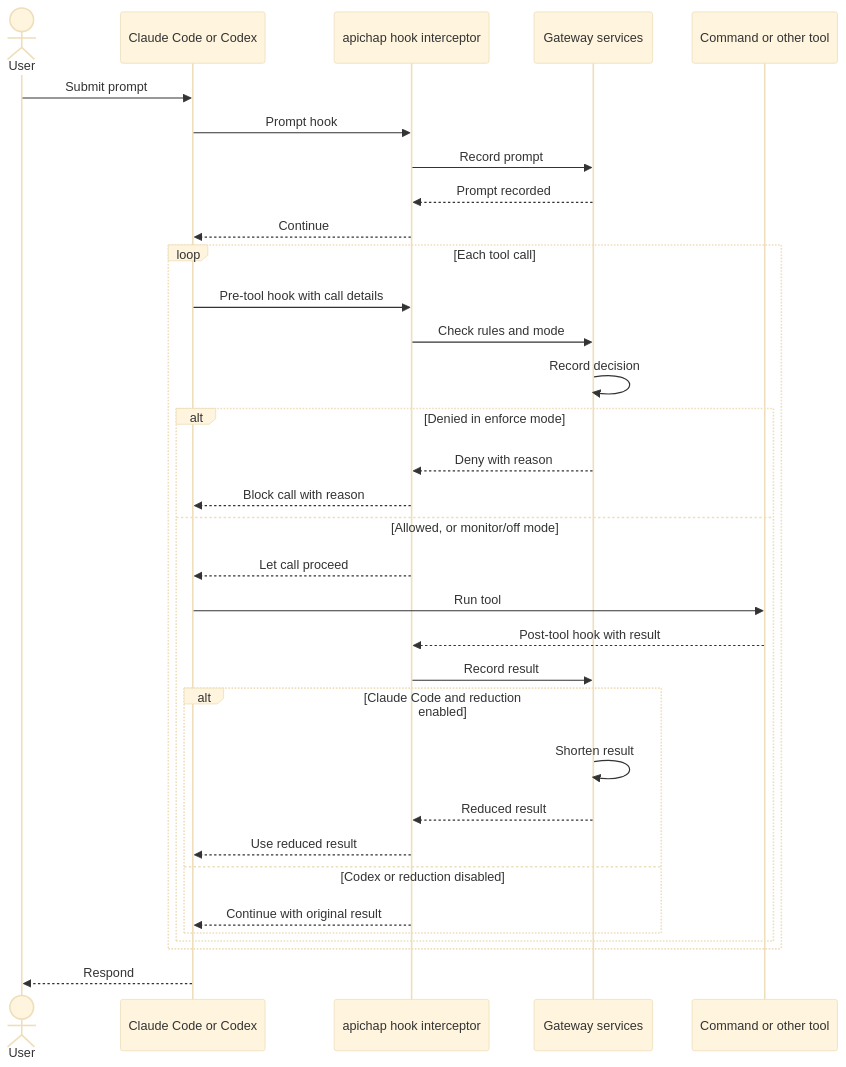
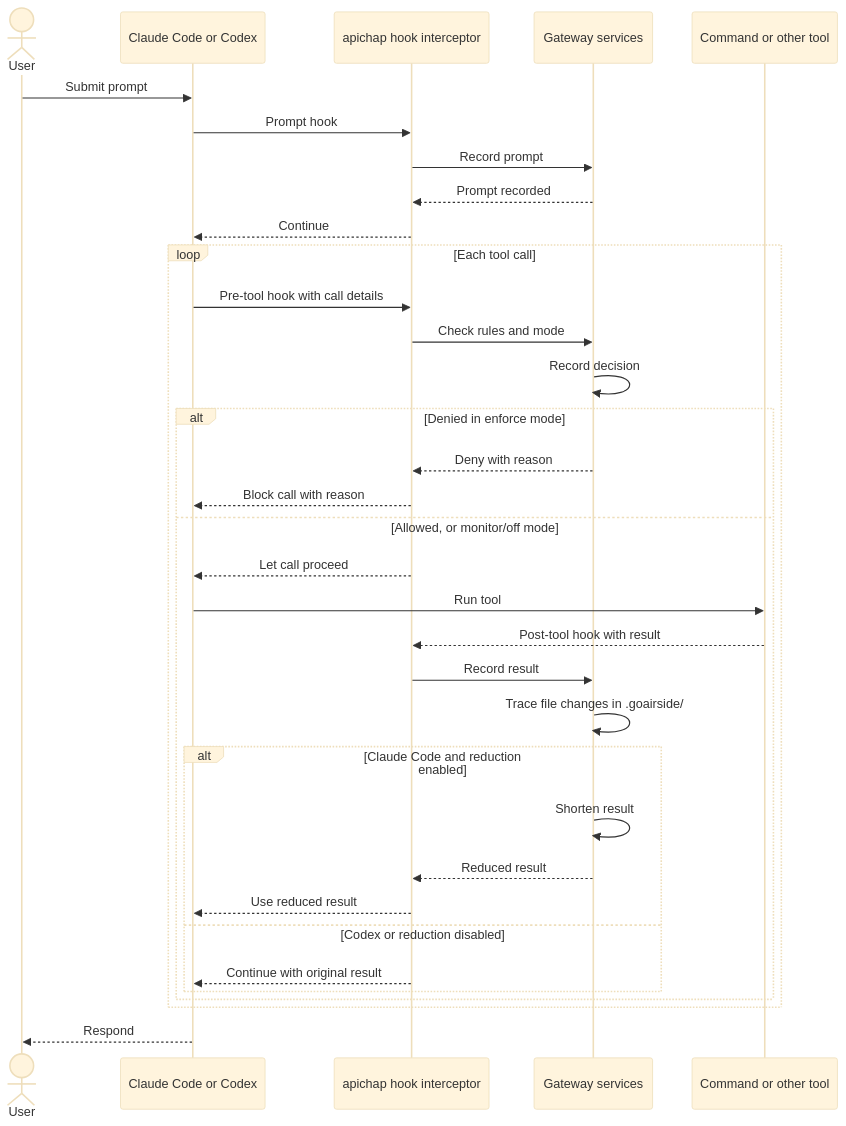
Before and after one commit to dommar04/ai-coding-gateway: the diagram in README.md, drawn with Mermaid (base theme). The commit also changed other lines of this file and 6 other files, not shown here.

````diff
--- a/README.md
+++ b/README.md
@@ -56,38 +91,39 @@
 ```mermaid
 sequenceDiagram
     actor User
     participant Agent as Claude Code or Codex
     participant Hook as apichap hook interceptor
     participant Gateway as Gateway services
     participant Tool as Command or other tool
 
     User->>Agent: Submit prompt
     Agent->>Hook: Prompt hook
     Hook->>Gateway: Record prompt
     Gateway-->>Hook: Prompt recorded
     Hook-->>Agent: Continue
 
     loop Each tool call
         Agent->>Hook: Pre-tool hook with call details
         Hook->>Gateway: Check rules and mode
         Gateway->>Gateway: Record decision
         alt Denied in enforce mode
             Gateway-->>Hook: Deny with reason
             Hook-->>Agent: Block call with reason
         else Allowed, or monitor/off mode
             Hook-->>Agent: Let call proceed
             Agent->>Tool: Run tool
             Tool-->>Hook: Post-tool hook with result
             Hook->>Gateway: Record result
+            Gateway->>Gateway: Trace file changes in .goairside/
             alt Claude Code and reduction enabled
                 Gateway->>Gateway: Shorten result
                 Gateway-->>Hook: Reduced result
                 Hook-->>Agent: Use reduced result
             else Codex or reduction disabled
                 Hook-->>Agent: Continue with original result
             end
         end
     end
 
     Agent-->>User: Respond
 ```
````
